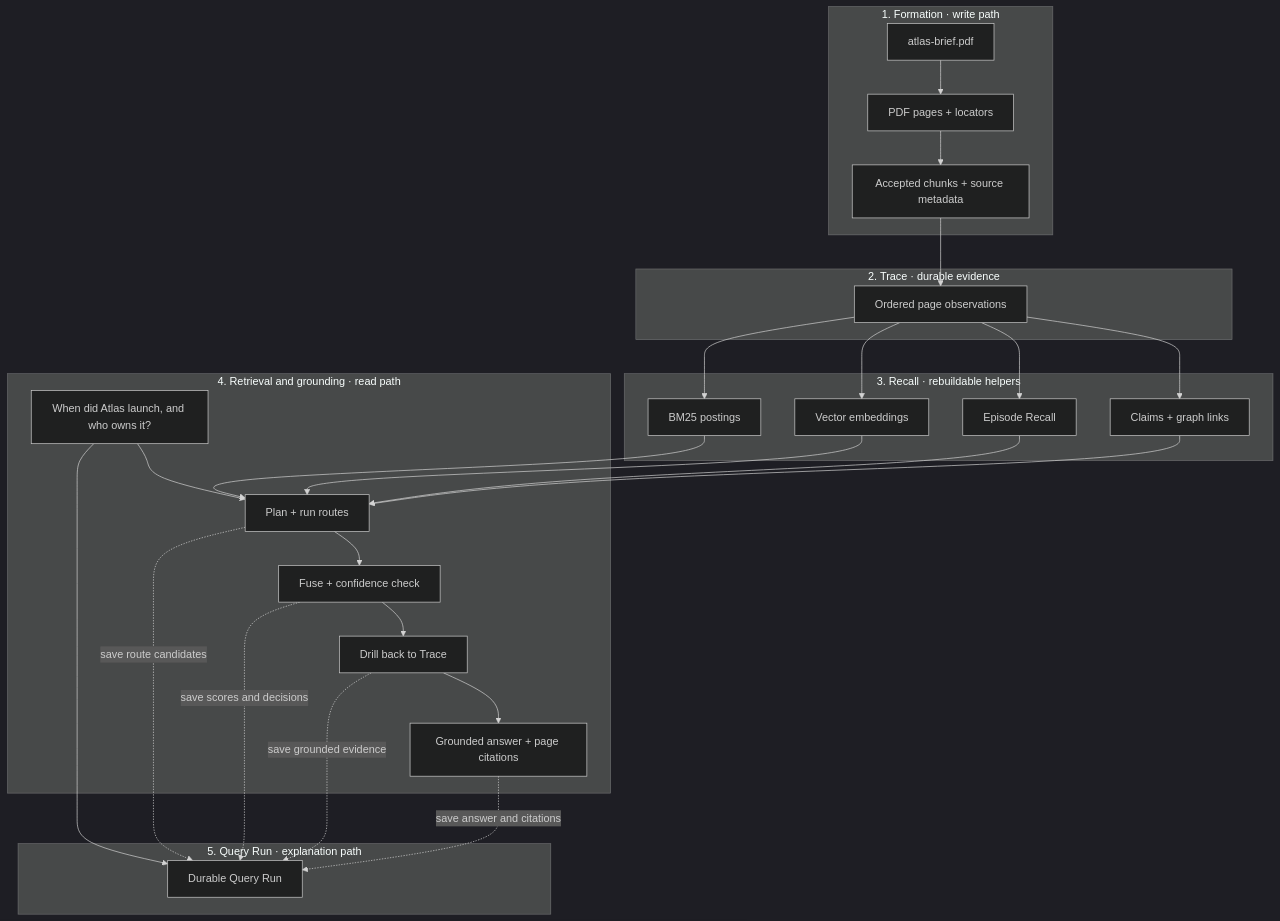
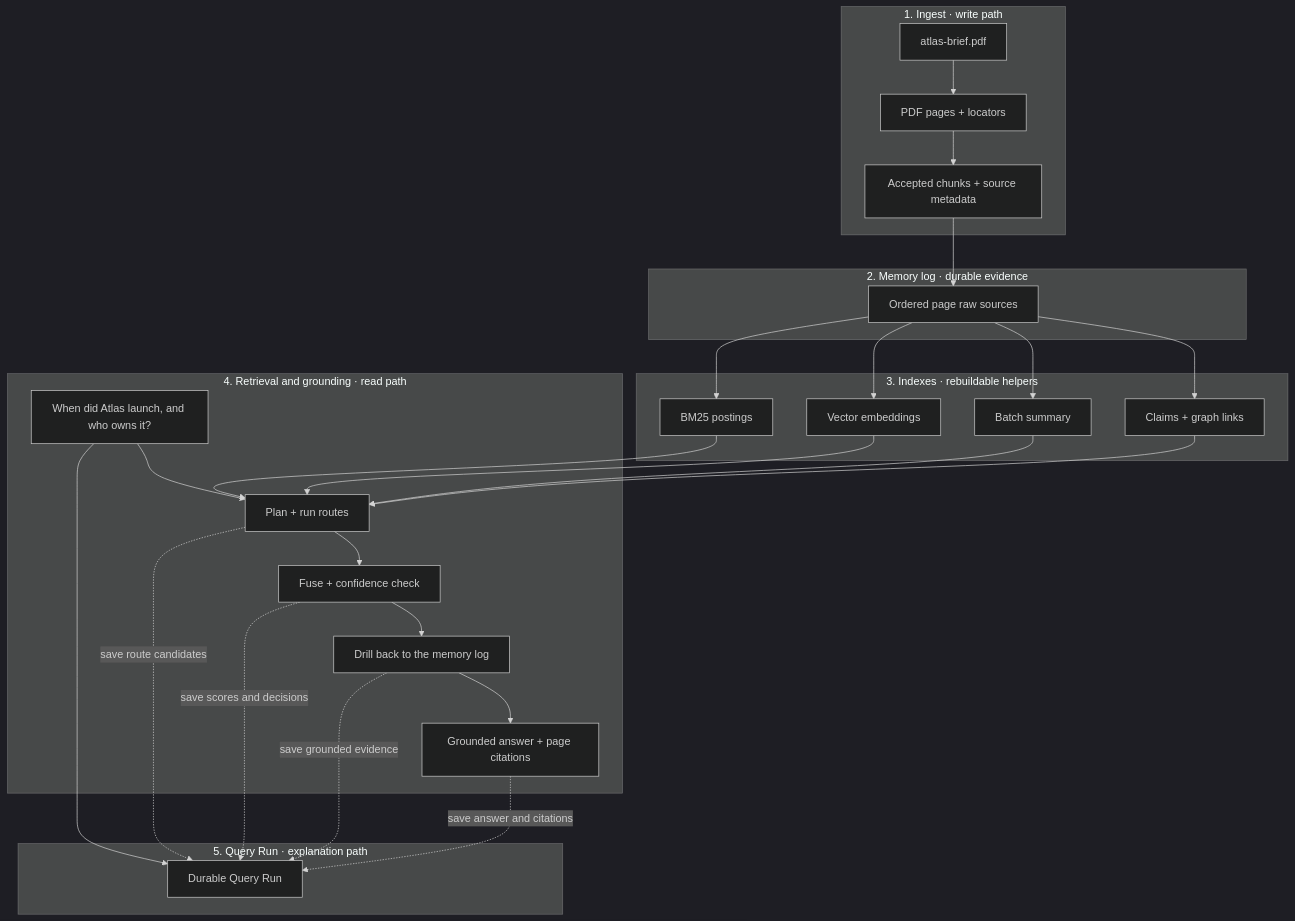
The first of 13 diagrams in docs/architecture.md (shanmukh05/trisynapse-memory), drawn with Mermaid (dark theme) before and after one commit. The commit also changed other lines of this file and 67 other files, not shown here.

````diff
--- a/docs/architecture.md
+++ b/docs/architecture.md
@@ -16,39 +37,39 @@
 ```mermaid
 flowchart TD
-    subgraph WRITE["1. Formation · write path"]
+    subgraph WRITE["1. Ingest · write path"]
         S["atlas-brief.pdf"] --> P["PDF pages + locators"]
         P --> AC["Accepted chunks + source metadata"]
     end
 
-    subgraph TRACE["2. Trace · durable evidence"]
-        TR["Ordered page observations"]
+    subgraph LOG["2. Memory log · durable evidence"]
+        TR["Ordered page raw sources"]
     end
 
     AC --> TR
 
-    subgraph MEMORY["3. Recall · rebuildable helpers"]
+    subgraph IDX["3. Indexes · rebuildable helpers"]
         TR --> BM["BM25 postings"]
         TR --> VE["Vector embeddings"]
-        TR --> ER["Episode Recall"]
+        TR --> ER["Batch summary"]
         TR --> CL["Claims + graph links"]
     end
 
     subgraph READ["4. Retrieval and grounding · read path"]
         Q["When did Atlas launch, and who owns it?"] --> PL["Plan + run routes"]
         BM --> PL
         VE --> PL
         ER --> PL
         CL --> PL
         PL --> FU["Fuse + confidence check"]
-        FU --> GR["Drill back to Trace"]
+        FU --> GR["Drill back to the memory log"]
         GR --> AN["Grounded answer + page citations"]
     end
 
     subgraph EXPLAIN["5. Query Run · explanation path"]
         Q --> QR["Durable Query Run"]
         PL -. save route candidates .-> QR
         FU -. save scores and decisions .-> QR
         GR -. save grounded evidence .-> QR
         AN -. save answer and citations .-> QR
     end
 ```
````
